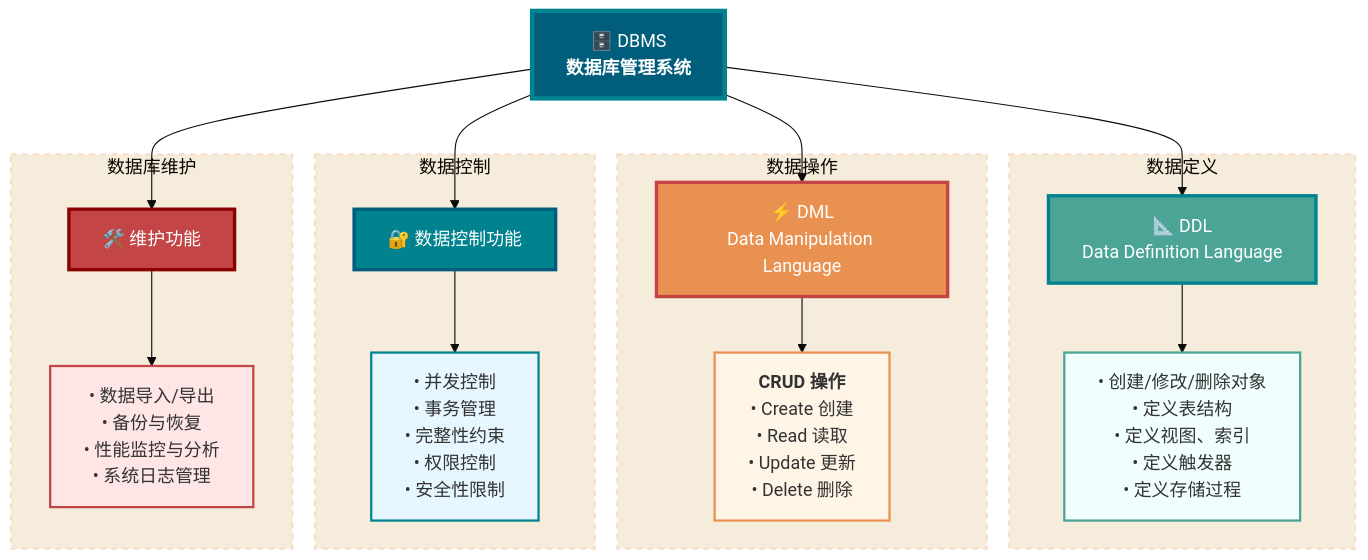
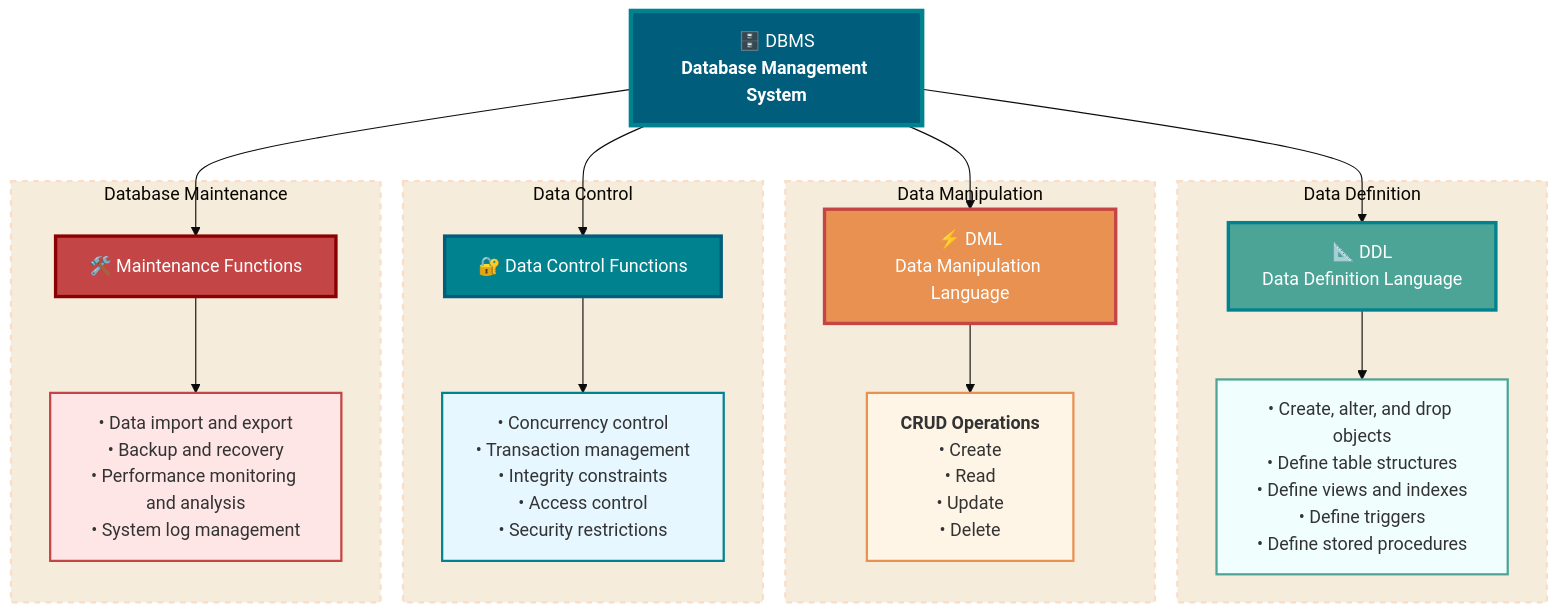
One commit to m3h3d1/JavaGuideEn changed the first of 5 diagrams in docs/database/basis.md. Above: the diagram before and after it, drawn with Mermaid (base theme). The commit also changed other lines of this file and 71 other files, not shown here.

````diff
--- a/docs/database/basis.md
+++ b/docs/database/basis.md
@@ -30,53 +30,53 @@
 ```mermaid
 graph TD
-    DBMS["🗄️ DBMS<br/><b>数据库管理系统</b>"]
+    DBMS["🗄️ DBMS<br/><b>Database Management System</b>"]
 
-    subgraph define["数据定义"]
+    subgraph define["Data Definition"]
         DDL["📐 DDL<br/>Data Definition Language"]
-        DDL_Items["• 创建/修改/删除对象<br/>• 定义表结构<br/>• 定义视图、索引<br/>• 定义触发器<br/>• 定义存储过程"]
+        DDL_Items["• Create, alter, and drop objects<br/>• Define table structures<br/>• Define views and indexes<br/>• Define triggers<br/>• Define stored procedures"]
     end
 
-    subgraph operate["数据操作"]
+    subgraph operate["Data Manipulation"]
         DML["⚡ DML<br/>Data Manipulation Language"]
-        CRUD["<b>CRUD 操作</b><br/>• Create 创建<br/>• Read 读取<br/>• Update 更新<br/>• Delete 删除"]
+        CRUD["<b>CRUD Operations</b><br/>• Create<br/>• Read<br/>• Update<br/>• Delete"]
     end
 
-    subgraph control["数据控制"]
-        DCL["🔐 数据控制功能"]
-        Control_Items["• 并发控制<br/>• 事务管理<br/>• 完整性约束<br/>• 权限控制<br/>• 安全性限制"]
+    subgraph control["Data Control"]
+        DCL["🔐 Data Control Functions"]
+        Control_Items["• Concurrency control<br/>• Transaction management<br/>• Integrity constraints<br/>• Access control<br/>• Security restrictions"]
     end
 
-    subgraph maintain["数据库维护"]
-        Maintenance["🛠️ 维护功能"]
-        Maintain_Items["• 数据导入/导出<br/>• 备份与恢复<br/>• 性能监控与分析<br/>• 系统日志管理"]
+    subgraph maintain["Database Maintenance"]
+        Maintenance["🛠️ Maintenance Functions"]
+        Maintain_Items["• Data import and export<br/>• Backup and recovery<br/>• Performance monitoring and analysis<br/>• System log management"]
     end
 
     DBMS --> DDL
     DBMS --> DML
     DBMS --> DCL
     DBMS --> Maintenance
 
     DDL --> DDL_Items
     DML --> CRUD
     DCL --> Control_Items
     Maintenance --> Maintain_Items
 
     style DBMS fill:#005D7B,stroke:#00838F,stroke-width:4px,color:#fff
 
     style DDL fill:#4CA497,stroke:#00838F,stroke-width:3px,color:#fff
     style DDL_Items fill:#f0fffe,stroke:#4CA497,stroke-width:2px,color:#333
 
     style DML fill:#E99151,stroke:#C44545,stroke-width:3px,color:#fff
     style CRUD fill:#fff5e6,stroke:#E99151,stroke-width:2px,color:#333
 
     style DCL fill:#00838F,stroke:#005D7B,stroke-width:3px,color:#fff
     style Control_Items fill:#e6f7ff,stroke:#00838F,stroke-width:2px,color:#333
 
     style Maintenance fill:#C44545,stroke:#8B0000,stroke-width:3px,color:#fff
     style Maintain_Items fill:#ffe6e6,stroke:#C44545,stroke-width:2px,color:#333
 
     style define fill:#E4C189,stroke:#E99151,stroke-width:2px,stroke-dasharray: 5 5,opacity:0.3
     style operate fill:#E4C189,stroke:#E99151,stroke-width:2px,stroke-dasharray: 5 5,opacity:0.3
     style control fill:#E4C189,stroke:#E99151,stroke-width:2px,stroke-dasharray: 5 5,opacity:0.3
     style maintain fill:#E4C189,stroke:#E99151,stroke-width:2px,stroke-dasharray: 5 5,opacity:0.3
 ```
````
